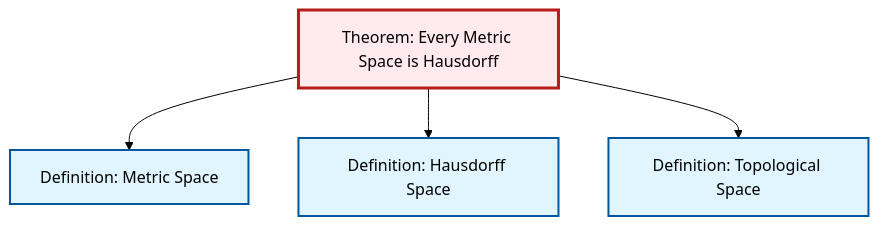
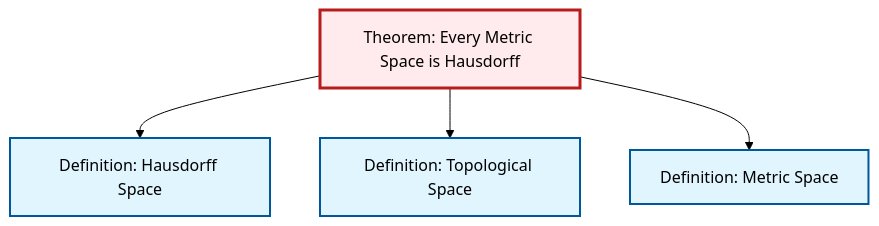
Before and after one commit to RK0429/ModernMath: the diagram in content/en/topology/thm-metric-hausdorff.qmd, drawn with Mermaid (forest theme). The commit also changed other lines of this file and 491 other files, not shown here.

````diff
--- a/content/en/topology/thm-metric-hausdorff.qmd
+++ b/content/en/topology/thm-metric-hausdorff.qmd
@@ -62,20 +62,20 @@
 ```{mermaid}
 %%| fig-cap: "Local dependency graph"
 graph TD
     classDef definition fill:#e1f5fe,stroke:#01579b,stroke-width:2px
     classDef theorem fill:#f3e5f5,stroke:#4a148c,stroke-width:2px
     classDef axiom fill:#fff3e0,stroke:#e65100,stroke-width:2px
     classDef example fill:#e8f5e9,stroke:#1b5e20,stroke-width:2px
     classDef current fill:#ffebee,stroke:#b71c1c,stroke-width:3px
     def-hausdorff["Definition: Hausdorff Space"]:::definition
     def-metric-space["Definition: Metric Space"]:::definition
+    def-topological-space["Definition: Topological Space"]:::definition
     thm-metric-hausdorff["Theorem: Every Metric Space is Hausdorff"]:::theorem
-    def-topological-space["Definition: Topological Space"]:::definition
-    thm-metric-hausdorff --> def-metric-space
     thm-metric-hausdorff --> def-hausdorff
     thm-metric-hausdorff --> def-topological-space
+    thm-metric-hausdorff --> def-metric-space
     class thm-metric-hausdorff current
     click def-hausdorff "def-hausdorff.html" "Go to Hausdorff Space definition"
     click def-metric-space "def-metric-space.html" "Go to Metric Space definition"
     click def-topological-space "def-topological-space.html" "Go to Topological Space definition"
 ```
````
